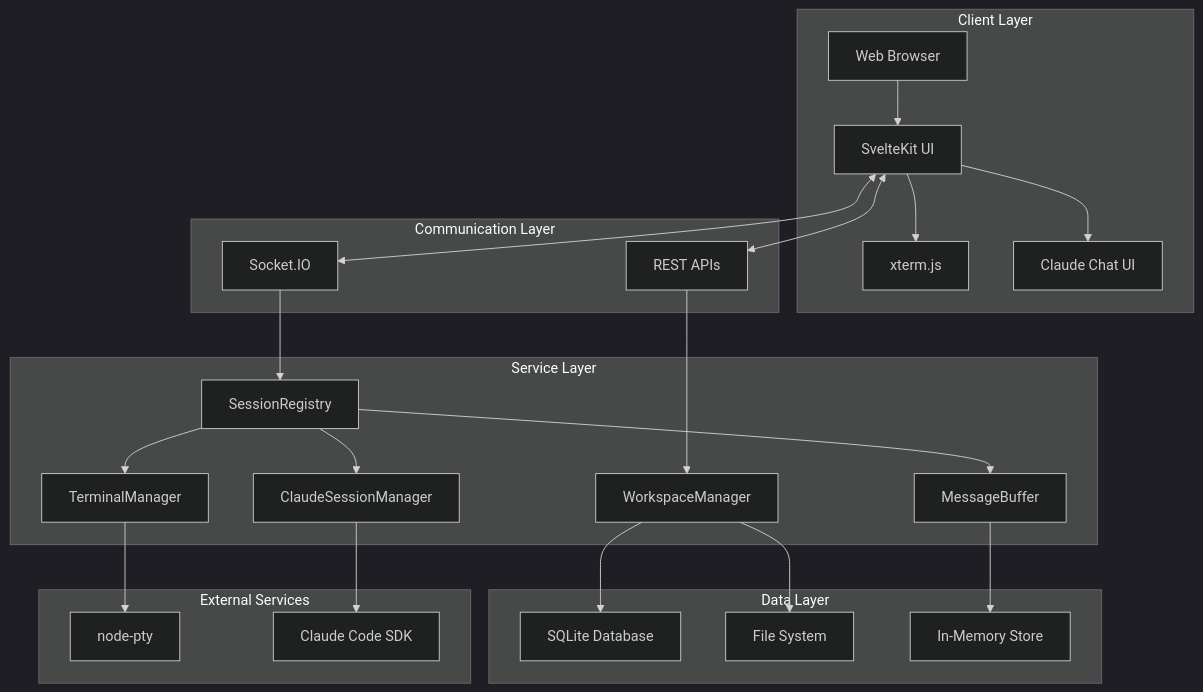
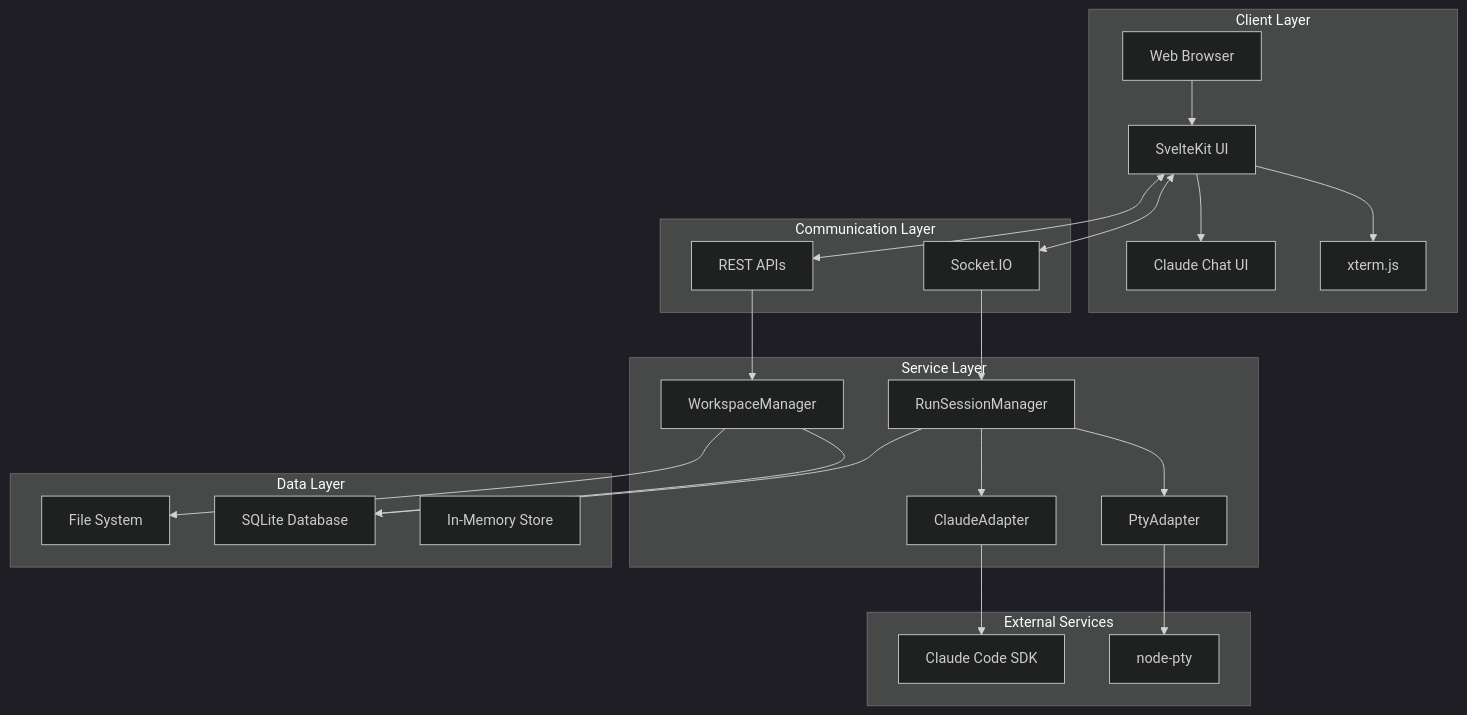
One commit to fwdslsh/dispatch changed the first of 13 diagrams in docs/ARCHITECTURE.md. Above: the diagram before and after it, drawn with Mermaid (dark theme). The commit also changed other lines of this file and 56 other files, not shown here.

First line of the commit message:
feat(api): Enhance session management with normalization and resume functionality

````diff
--- a/docs/ARCHITECTURE.md
+++ b/docs/ARCHITECTURE.md
@@ -34,52 +34,50 @@
 ```mermaid
 graph TB
     subgraph "Client Layer"
         Browser[Web Browser]
         UI[SvelteKit UI]
         Terminal[xterm.js]
         Claude[Claude Chat UI]
     end
 
     subgraph "Communication Layer"
         SocketIO[Socket.IO]
         REST[REST APIs]
     end
 
     subgraph "Service Layer"
-        SR[SessionRegistry]
-        MB[MessageBuffer]
+        RSM[RunSessionManager]
         WM[WorkspaceManager]
-        TM[TerminalManager]
-        CM[ClaudeSessionManager]
+        PA[PtyAdapter]
+        CA[ClaudeAdapter]
     end
 
     subgraph "Data Layer"
         SQLite[SQLite Database]
         FS[File System]
         Memory[In-Memory Store]
     end
 
     subgraph "External Services"
         PTY[node-pty]
         ClaudeAPI[Claude Code SDK]
     end
 
     Browser --> UI
     UI --> Terminal
     UI --> Claude
     UI <--> SocketIO
     UI <--> REST
 
-    SocketIO --> SR
+    SocketIO --> RSM
     REST --> WM
 
-    SR --> MB
-    SR --> TM
-    SR --> CM
-    MB --> Memory
+    RSM --> PA
+    RSM --> CA
+    RSM --> SQLite
     WM --> SQLite
     WM --> FS
 
-    TM --> PTY
-    CM --> ClaudeAPI
+    PA --> PTY
+    CA --> ClaudeAPI
 ```
````
